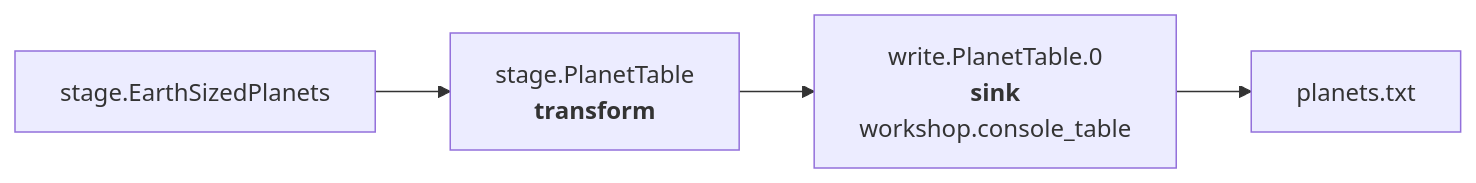
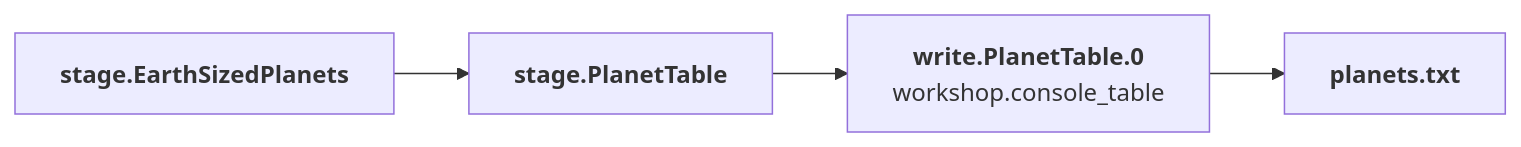
Before and after one commit to FAST-HEP/fasthep-flow: the second of 2 diagrams in docs/extending/sinks.md, drawn with Mermaid. The commit also changed other lines of this file and 9 other files, not shown here.

````diff
--- a/docs/extending/sinks.md
+++ b/docs/extending/sinks.md
@@ -73,11 +80,9 @@
 ```{mermaid}
 flowchart LR
-    Filter["stage.EarthSizedPlanets"]
-    Project["stage.PlanetTable<br/><b>transform</b>"]
-    Table["write.PlanetTable.0<br/><b>sink</b><br/>workshop.console_table"]
-    Artifact["planets.txt"]
+    Filter["<b>stage.EarthSizedPlanets</b>"]:::transform
+    Project["<b>stage.PlanetTable</b>"]:::transform
+    Table["<b>write.PlanetTable.0</b><br/>workshop.console_table"]:::sink
+    Artifact["<b>planets.txt</b>"]:::artifact
 
-    Filter --> Project
-    Project --> Table
-    Table --> Artifact
+    Filter --> Project --> Table --> Artifact
 ```
````
